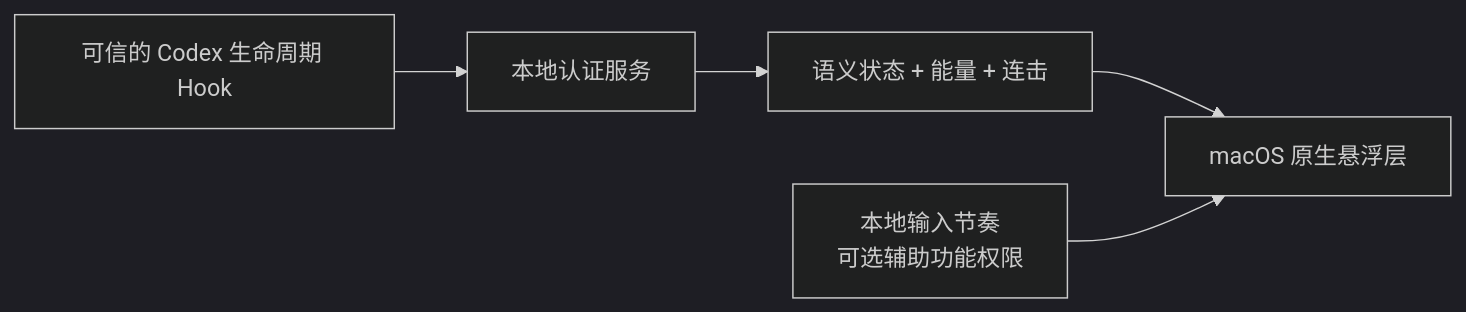
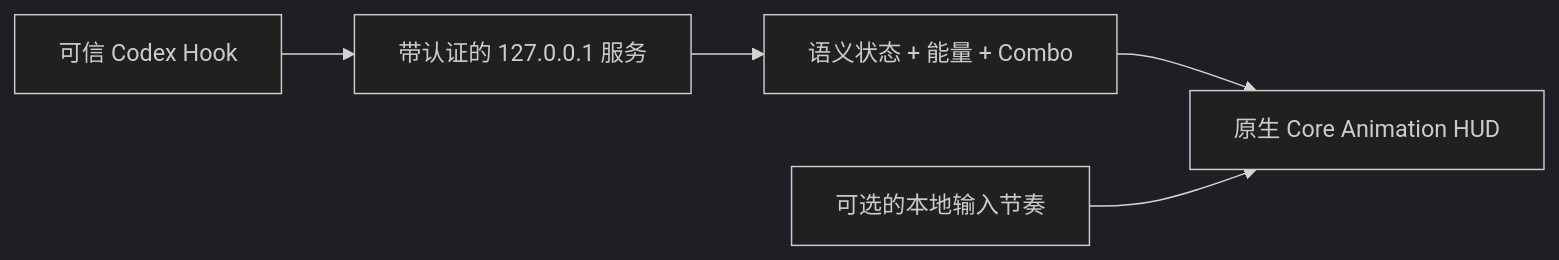
The diagram in README.zh-CN.md (zytsyj/codex-power-mode), drawn with Mermaid (dark theme) before and after one commit. The commit also changed other lines of this file and 6 other files, not shown here.

````diff
--- a/README.zh-CN.md
+++ b/README.zh-CN.md
@@ -107,7 +182,7 @@
 ```mermaid
 flowchart LR
-    A["可信的 Codex 生命周期 Hook"] --> B["本地认证服务"]
-    B --> C["语义状态 + 能量 + 连击"]
-    C --> D["macOS 原生悬浮层"]
-    E["本地输入节奏<br/>可选辅助功能权限"] --> D
+    A["可信 Codex Hook"] --> B["带认证的 127.0.0.1 服务"]
+    B --> C["语义状态 + 能量 + Combo"]
+    C --> D["原生 Core Animation HUD"]
+    E["可选的本地输入节奏"] --> D
 ```
````
